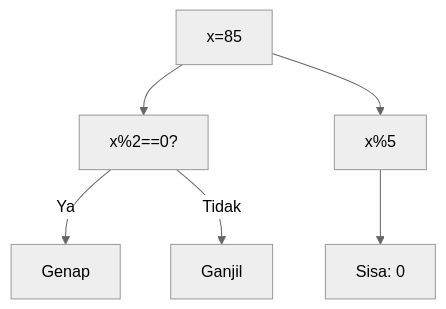
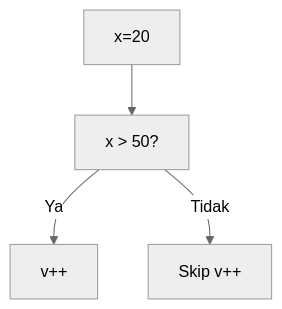
Before and after one commit to amnahwaida/OSNK_INF_PREP: diagram 18 of 25 in part-c-pemahaman-cpp/02-percabangan/latihan/set-08.md, drawn with Mermaid (neutral theme). The commit also changed other lines of this file and 71 other files, not shown here.

````diff
--- a/part-c-pemahaman-cpp/02-percabangan/latihan/set-08.md
+++ b/part-c-pemahaman-cpp/02-percabangan/latihan/set-08.md
@@ -590,8 +500,6 @@
 ```mermaid
 graph TD
-A["x=85"] --> B["x%2==0?"]
-B -- Ya --> C["Genap"]
-B -- Tidak --> D["Ganjil"]
-A --> E["x%5"]
-E --> F["Sisa: 0"]
+A["x=20"] --> B["x > 50?"]
+B -- Ya --> C["v++"]
+B -- Tidak --> D["Skip v++"]
 ```
````
